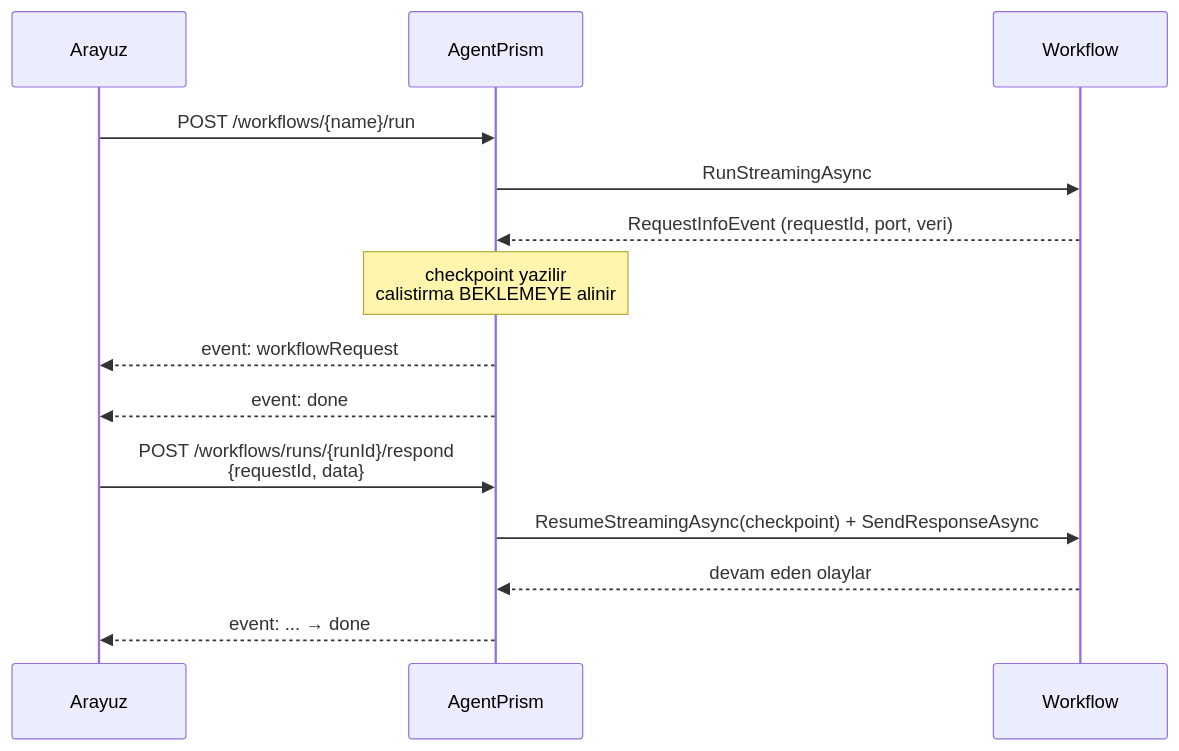
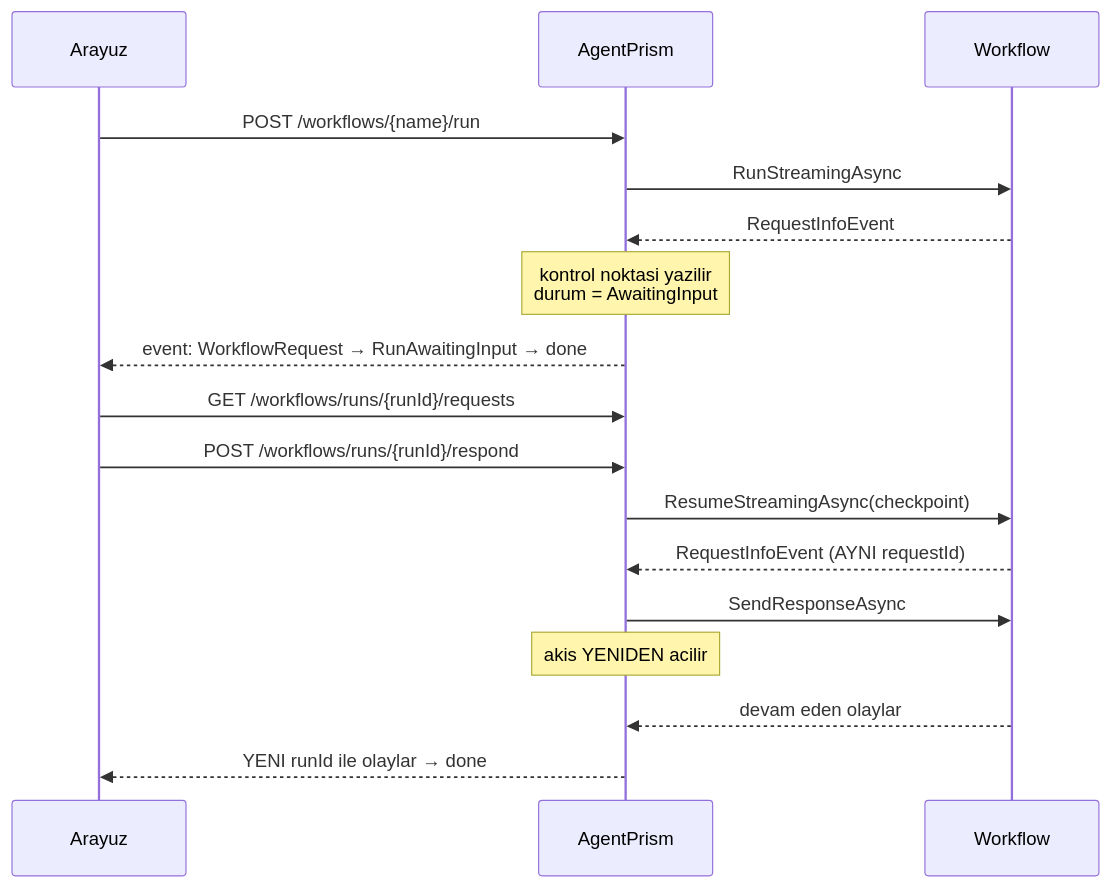
One commit to farukatasoy/Tracon changed the third of 3 diagrams in docs/16-WORKFLOWS-ARAYUZ.md. Above: the diagram before and after it, drawn with Mermaid. The commit also changed other lines of this file and 56 other files, not shown here.

````diff
--- a/docs/16-WORKFLOWS-ARAYUZ.md
+++ b/docs/16-WORKFLOWS-ARAYUZ.md
@@ -167,17 +205,20 @@
 ```mermaid
 sequenceDiagram
     participant U as Arayuz
     participant A as AgentPrism
     participant W as Workflow
 
     U->>A: POST /workflows/{name}/run
     A->>W: RunStreamingAsync
-    W-->>A: RequestInfoEvent (requestId, port, veri)
-    Note over A: checkpoint yazilir<br/>calistirma BEKLEMEYE alinir
-    A-->>U: event: workflowRequest
-    A-->>U: event: done
-    U->>A: POST /workflows/runs/{runId}/respond<br/>{requestId, data}
-    A->>W: ResumeStreamingAsync(checkpoint) + SendResponseAsync
+    W-->>A: RequestInfoEvent
+    Note over A: kontrol noktasi yazilir<br/>durum = AwaitingInput
+    A-->>U: event: WorkflowRequest → RunAwaitingInput → done
+    U->>A: GET /workflows/runs/{runId}/requests
+    U->>A: POST /workflows/runs/{runId}/respond
+    A->>W: ResumeStreamingAsync(checkpoint)
+    W-->>A: RequestInfoEvent (AYNI requestId)
+    A->>W: SendResponseAsync
+    Note over A: akis YENIDEN acilir
     W-->>A: devam eden olaylar
-    A-->>U: event: ... → done
+    A-->>U: YENI runId ile olaylar → done
 ```
````
